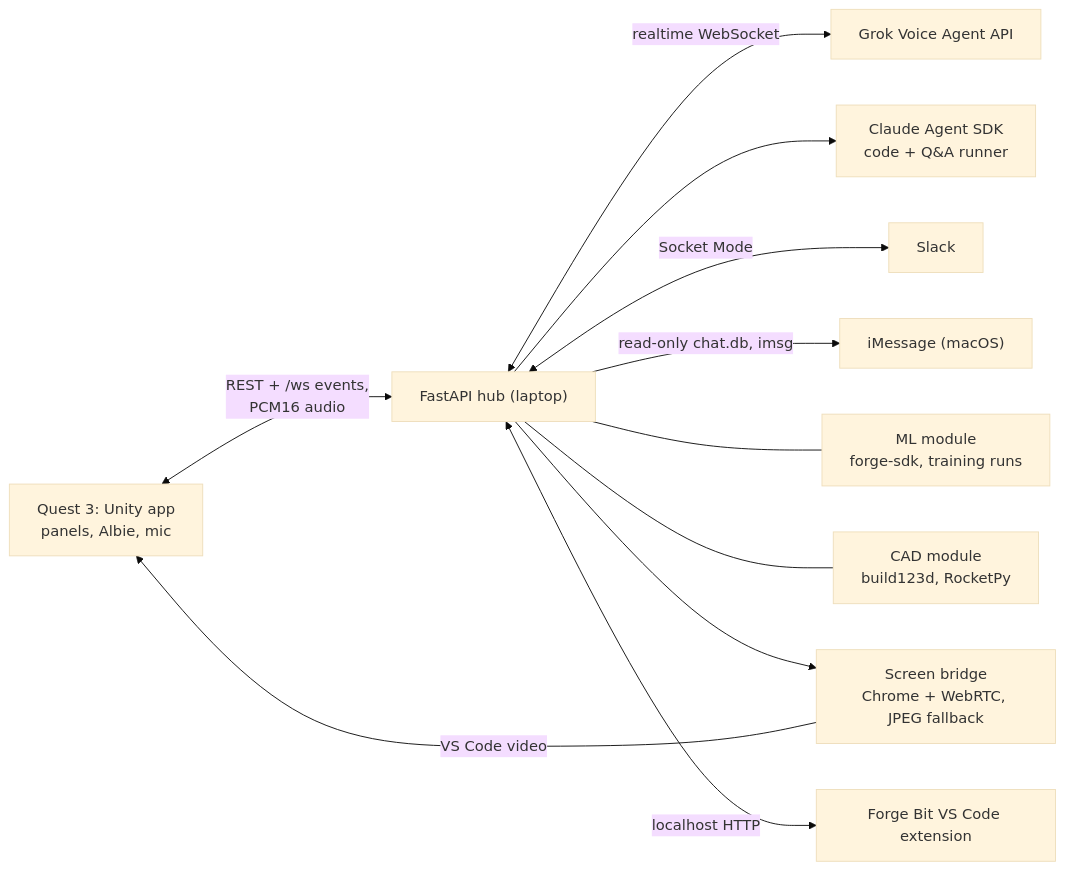
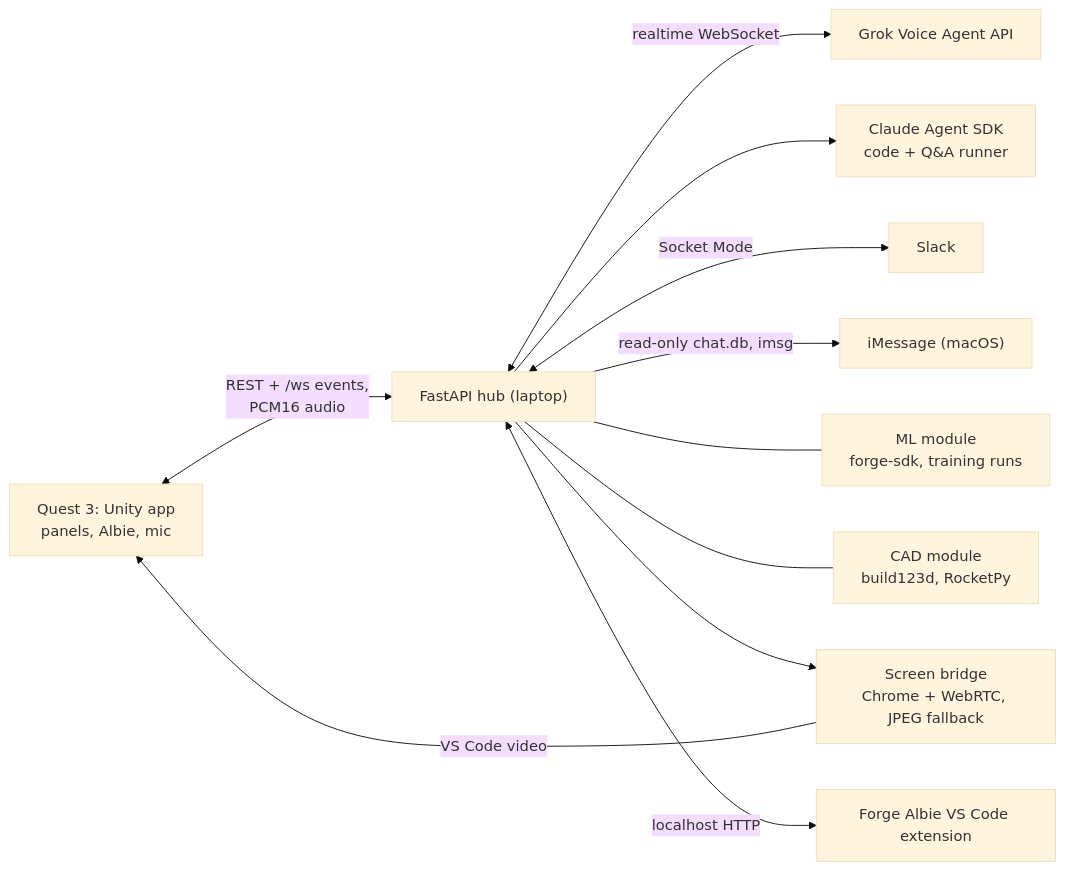
Before and after one commit to builtbyd3v/albie-vr: the diagram in README.md, drawn with Mermaid (base theme). The commit also changed other lines of this file and 247 other files, not shown here.

First line of the commit message:
Rename Bit and gator to Albie

````diff
--- a/README.md
+++ b/README.md
@@ -31,13 +31,13 @@
 ```mermaid
 flowchart LR
   Quest["Quest 3: Unity app<br/>panels, Albie, mic"] <-->|"REST + /ws events,<br/>PCM16 audio"| Hub["FastAPI hub (laptop)"]
   Hub <-->|realtime WebSocket| Grok["Grok Voice Agent API"]
   Hub --> Claude["Claude Agent SDK<br/>code + Q&A runner"]
   Hub <-->|Socket Mode| Slack["Slack"]
   Hub -->|read-only chat.db, imsg| IM["iMessage (macOS)"]
   Hub --- ML["ML module<br/>forge-sdk, training runs"]
   Hub --- CAD["CAD module<br/>build123d, RocketPy"]
   Hub --> Bridge["Screen bridge<br/>Chrome + WebRTC, JPEG fallback"]
   Bridge -->|VS Code video| Quest
-  Hub <-->|localhost HTTP| Ext["Forge Bit VS Code extension"]
+  Hub <-->|localhost HTTP| Ext["Forge Albie VS Code extension"]
 ```
````
